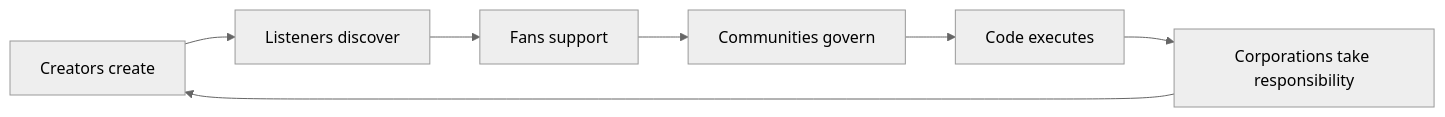
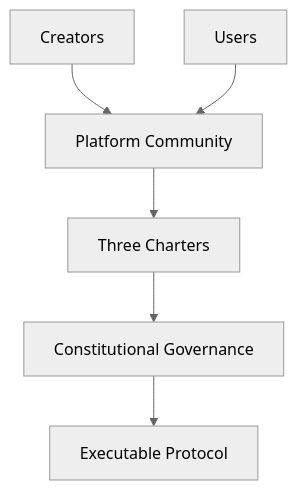
Before and after one commit to ShigeichiroYamasaki/creator-first-platform: diagram 17 of 17 in docs/whitepaper/01-vision.md, drawn with Mermaid (neutral theme). The commit also changed other lines of this file and 1 other file, not shown here.

````diff
--- a/docs/whitepaper/01-vision.md
+++ b/docs/whitepaper/01-vision.md
@@ -317,9 +495,12 @@
 ```mermaid
-flowchart LR
-    C[Creators create] --> L[Listeners discover]
-    L --> F[Fans support]
-    F --> G[Communities govern]
-    G --> E[Code executes]
-    E --> R[Corporations take responsibility]
-    R --> C
+flowchart TD
+    CREATOR[Creators]
+    USER[Users]
+
+    CREATOR --> COMMUNITY[Platform Community]
+    USER --> COMMUNITY
+
+    COMMUNITY --> CHARTER[Three Charters]
+    CHARTER --> GOV[Constitutional Governance]
+    GOV --> CODE[Executable Protocol]
 ```
````
